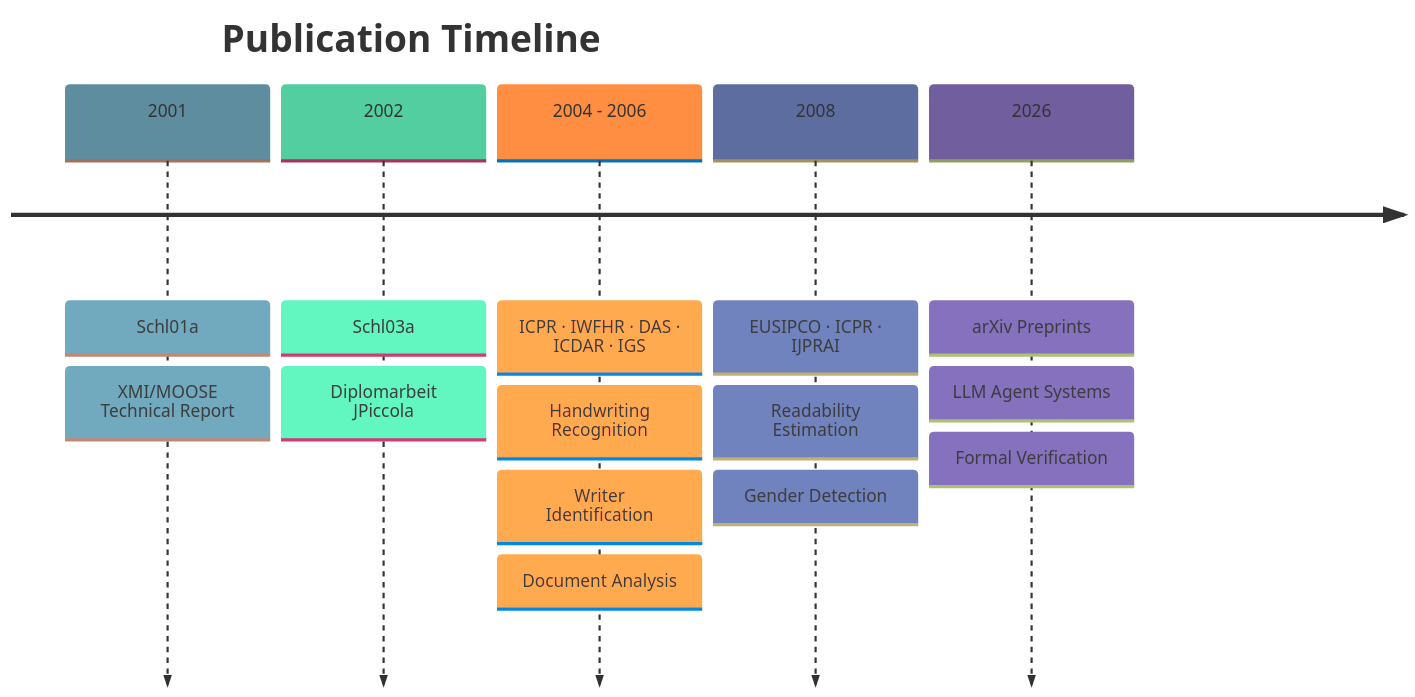
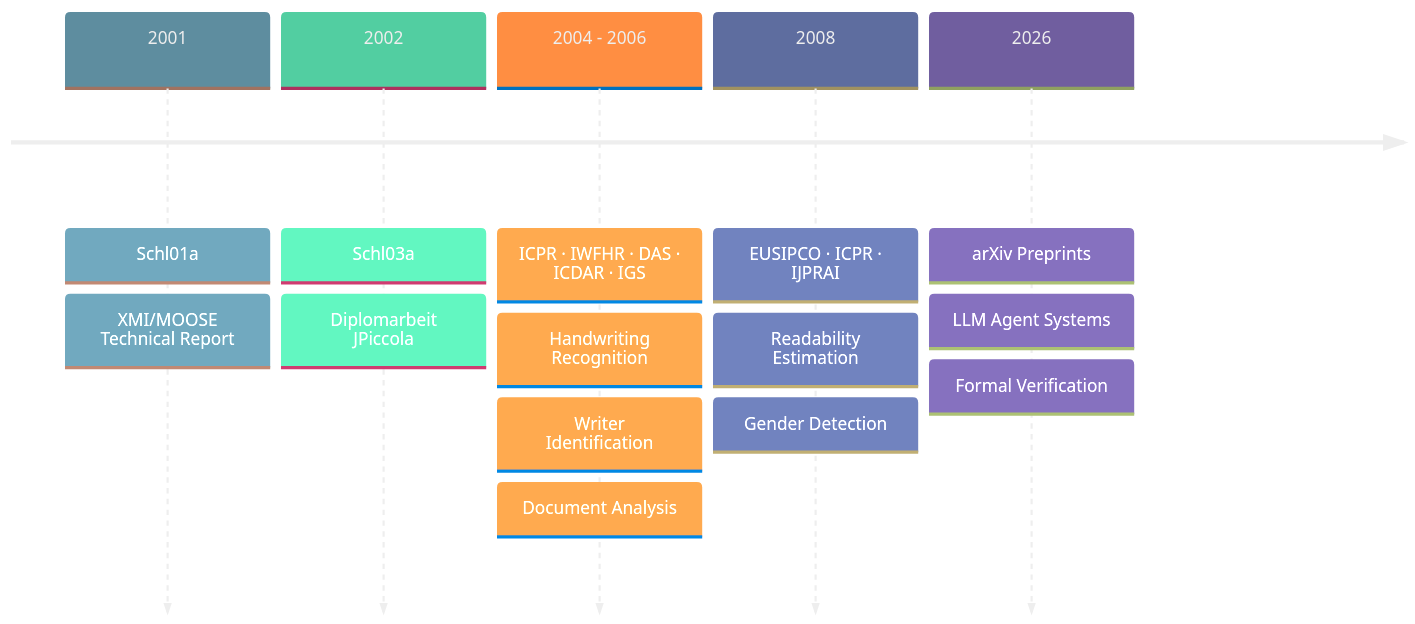
One commit to schlpbch/publications changed the second of 2 diagrams in README.md. Above: the diagram before and after it, drawn with Mermaid. The commit also changed other lines of this file, not shown here.

Commit message:
Refactor README.md for improved formatting and clarity in publication listings

````diff
--- a/README.md
+++ b/README.md
@@ -113,19 +105,19 @@
 ```mermaid
-%%{init: {'theme': 'base', 'themeVariables': {'primaryColor': '#aec6cf', 'primaryTextColor': '#333333', 'primaryBorderColor': '#999999', 'lineColor': '#999999', 'secondaryColor': '#b5ead7', 'tertiaryColor': '#ffdac1'}}}%%
+%%{init: {'theme': 'base', 'themeVariables': {'primaryColor': '#aec6cf', 'primaryTextColor': '#eee', 'primaryBorderColor': '#eee', 'lineColor': '#999999', 'secondaryColor': '#b5ead7', 'tertiaryColor': '#ffdac1'}}}%%
 timeline
-    title Publication Timeline
+
     2001        : Schl01a
                 : XMI/MOOSE Technical Report
     2002        : Schl03a
                 : Diplomarbeit JPiccola
     2004 - 2006 : ICPR · IWFHR · DAS · ICDAR · IGS
                 : Handwriting Recognition
                 : Writer Identification
                 : Document Analysis
     2008        : EUSIPCO · ICPR · IJPRAI
                 : Readability Estimation
                 : Gender Detection
     2026        : arXiv Preprints
                 : LLM Agent Systems
                 : Formal Verification
 ```
````
